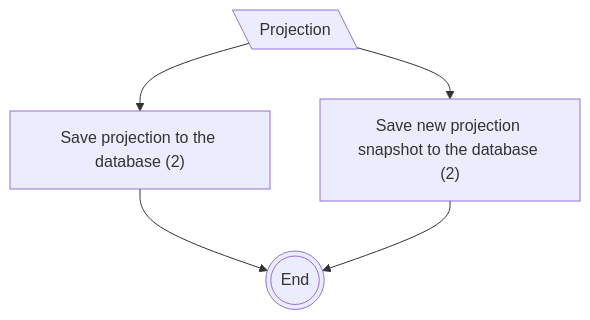
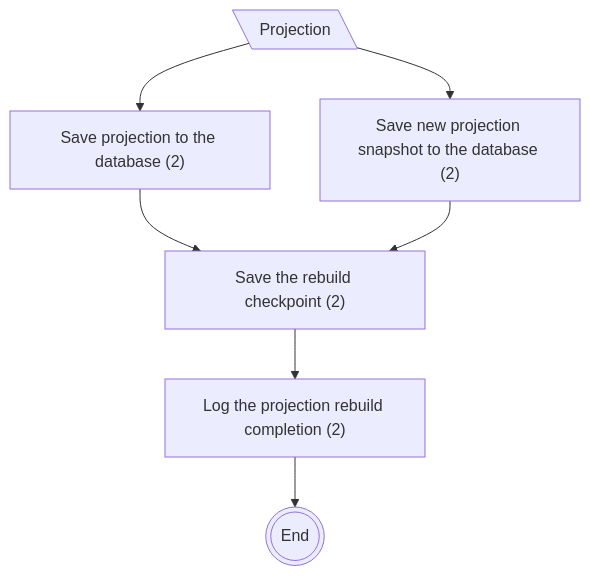
The eighth of 8 diagrams in docs/CF Complexity/projection rebuild.md (dmitryhruzin/CQRS-variations-test), drawn with Mermaid before and after one commit. The commit also changed other lines of this file and 4 other files, not shown here.

Commit message:
docs: add infra calls to diagrams

````diff
--- a/docs/CF Complexity/projection rebuild.md
+++ b/docs/CF Complexity/projection rebuild.md
@@ -176,9 +183,11 @@
 ```mermaid
 flowchart TD
   classDef mod stroke:#0f0
   A@{ shape: lean-l, label: "Projection" }
   A --> B["Save projection to the database (2)"]
   A --> C["Save new projection snapshot to the database (2)"]
-  B --> D@{ shape: dbl-circ, label: "End" }
-  C --> D
+  B --> CP["Save the rebuild checkpoint (2)"]
+  C --> CP
+  CP --> LG["Log the projection rebuild completion (2)"]
+  LG --> D@{ shape: dbl-circ, label: "End" }
 ```
````
